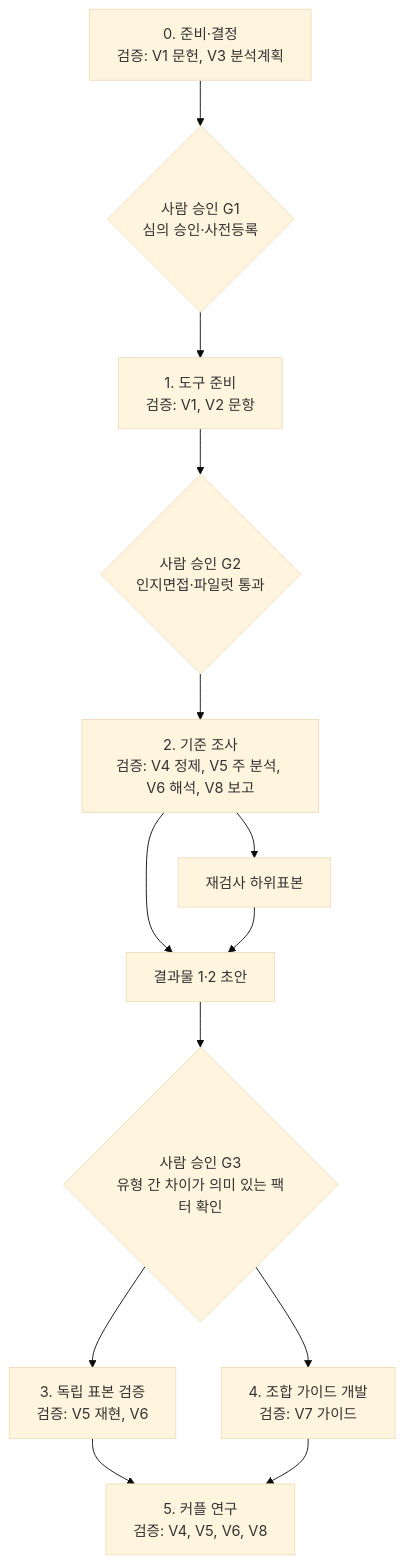
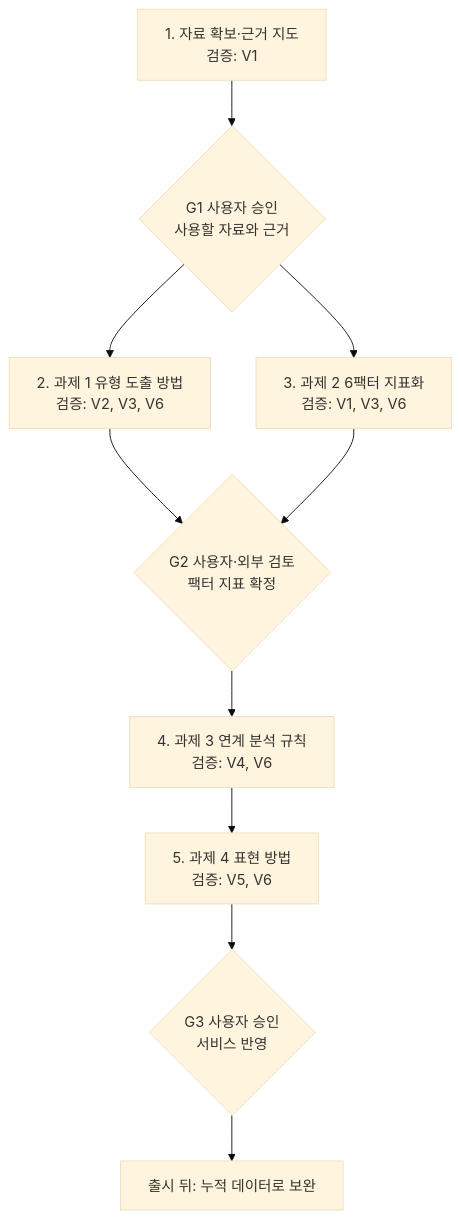
One commit to gogogshark/MBTI-relationship changed the diagram in docs/research/research-roadmap.md. Above: the diagram before and after it, drawn with Mermaid (base theme). The commit also changed other lines of this file and 2 other files, not shown here.

````diff
--- a/docs/research/research-roadmap.md
+++ b/docs/research/research-roadmap.md
@@ -49,15 +117,12 @@
 ```mermaid
 flowchart TD
-    A["0. 준비·결정<br/>검증: V1 문헌, V3 분석계획"] --> G1{"사람 승인 G1<br/>심의 승인·사전등록"}
-    G1 --> B["1. 도구 준비<br/>검증: V1, V2 문항"]
-    B --> G2{"사람 승인 G2<br/>인지면접·파일럿 통과"}
-    G2 --> C["2. 기준 조사<br/>검증: V4 정제, V5 주 분석, V6 해석, V8 보고"]
-    C --> D["결과물 1·2 초안"]
-    C --> E["재검사 하위표본"]
-    E --> D
-    D --> G3{"사람 승인 G3<br/>유형 간 차이가 의미 있는 팩터 확인"}
-    G3 --> F["3. 독립 표본 검증<br/>검증: V5 재현, V6"]
-    G3 --> H["4. 조합 가이드 개발<br/>검증: V7 가이드"]
-    F --> I["5. 커플 연구<br/>검증: V4, V5, V6, V8"]
-    H --> I
+    A["1. 자료 확보·근거 지도<br/>검증: V1"] --> G1{"G1 사용자 승인<br/>사용할 자료와 근거"}
+    G1 --> B["2. 과제 1 유형 도출 방법<br/>검증: V2, V3, V6"]
+    G1 --> C["3. 과제 2 6팩터 지표화<br/>검증: V1, V3, V6"]
+    B --> G2{"G2 사용자·외부 검토<br/>팩터 지표 확정"}
+    C --> G2
+    G2 --> D["4. 과제 3 연계 분석 규칙<br/>검증: V4, V6"]
+    D --> E["5. 과제 4 표현 방법<br/>검증: V5, V6"]
+    E --> G3{"G3 사용자 승인<br/>서비스 반영"}
+    G3 --> F["출시 뒤: 누적 데이터로 보완"]
 ```
````
